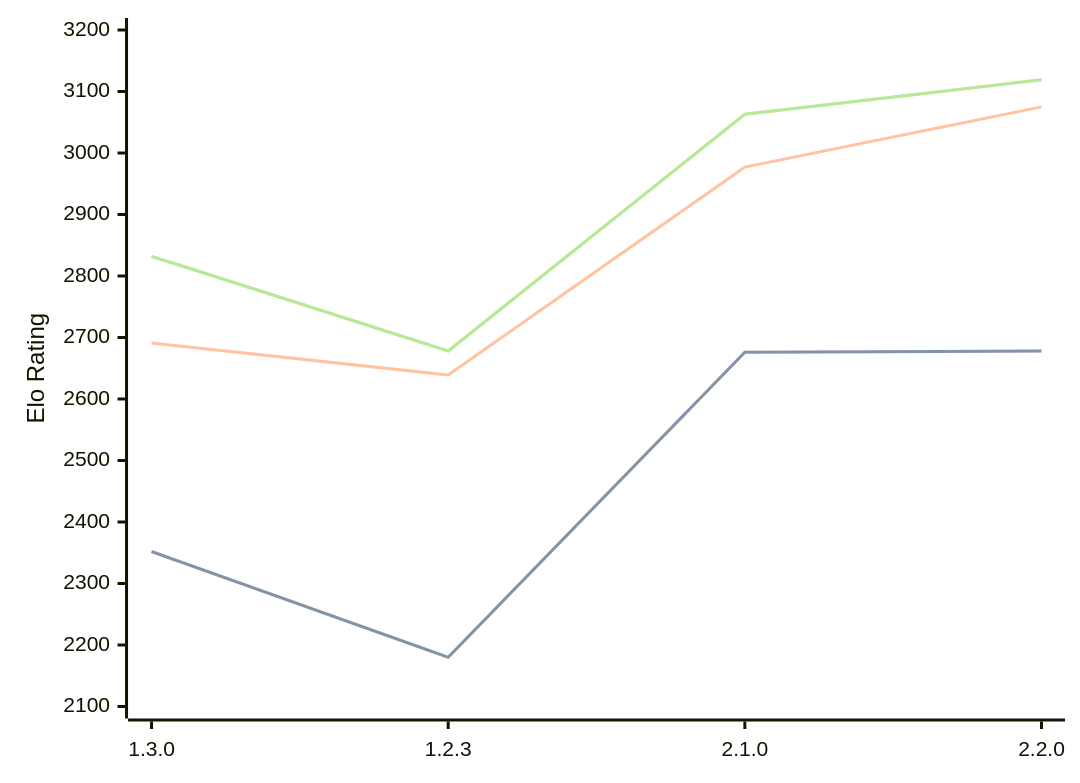
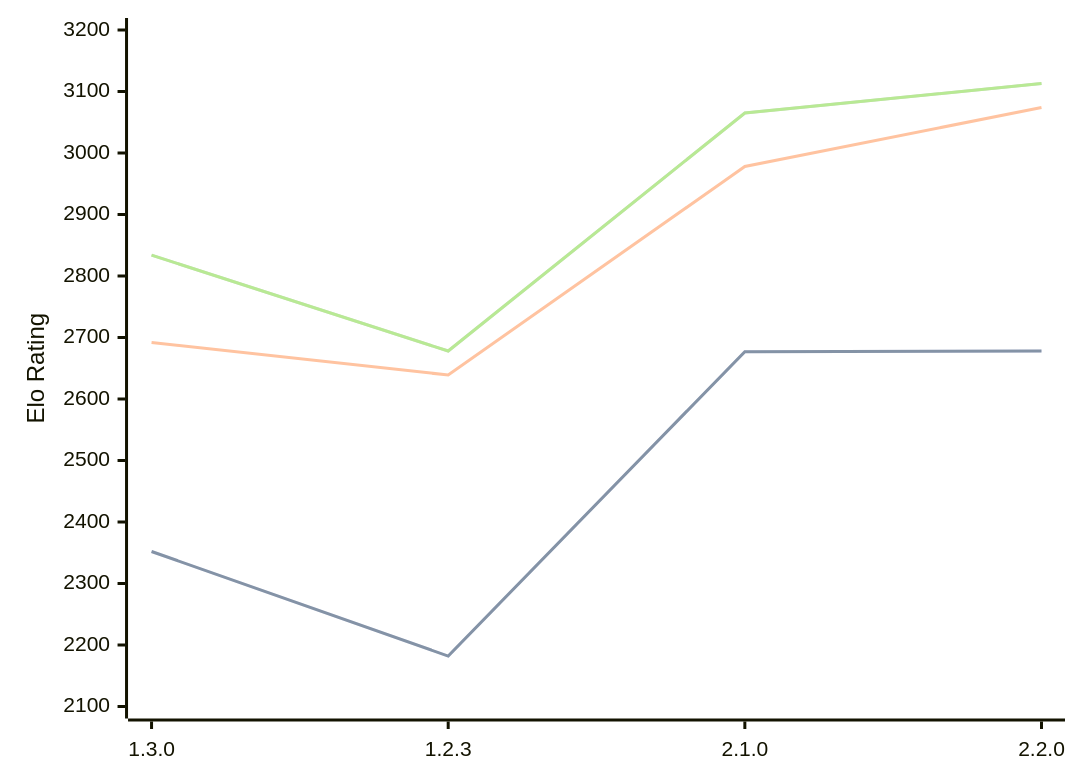
One commit to computer-chess-index/cci changed the first of 3 diagrams in engines/Aspen.md. Above: the diagram before and after it, drawn with Mermaid. The commit also changed other lines of this file, not shown here.

Commit message:
Update CCI Ratings (ELO VLTC) - 2026-07-02

````diff
--- a/engines/Aspen.md
+++ b/engines/Aspen.md
@@ -43,11 +43,11 @@
 ```mermaid
 %%{init: {"theme":"base","themeVariables":{"seriesColors:['#a3a3a3','#222221','#faa371']}}}%%
 xychart-beta
   x-axis ["1.3.0", "1.2.3", "2.1.0", "2.2.0"]
   y-axis "Elo Rating" 2100 --> 3200
-  line "STC (8.0+0.08s)" [2352, 2180, 2676, 2678]
-  line "STC (8.0+0.08s)" [2352, 2180, 2676, 2678]
-  line "LTC (60.0+0.60s)" [2691, 2639, 2977, 3075]
-  line "VLTC (2m24s+1.12s)" [2832, 2678, 3063, 3119]
-  line "VLTC (2m24s+1.12s)" [2832, 2678, 3063, 3119]
+  line "STC (8.0+0.08s)" [2352, 2182, 2677, 2678]
+  line "STC (8.0+0.08s)" [2352, 2182, 2677, 2678]
+  line "LTC (60.0+0.60s)" [2692, 2639, 2978, 3074]
+  line "VLTC (2m24s+1.12s)" [2834, 2678, 3065, 3113]
+  line "VLTC (2m24s+1.12s)" [2834, 2678, 3065, 3113]
 ```
````
